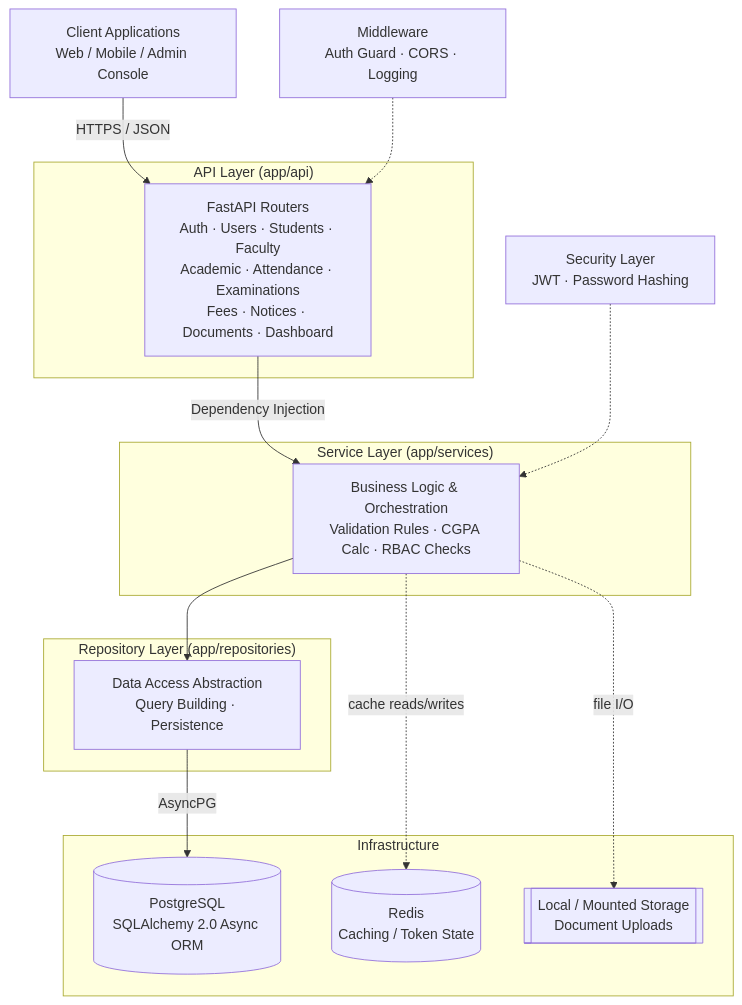
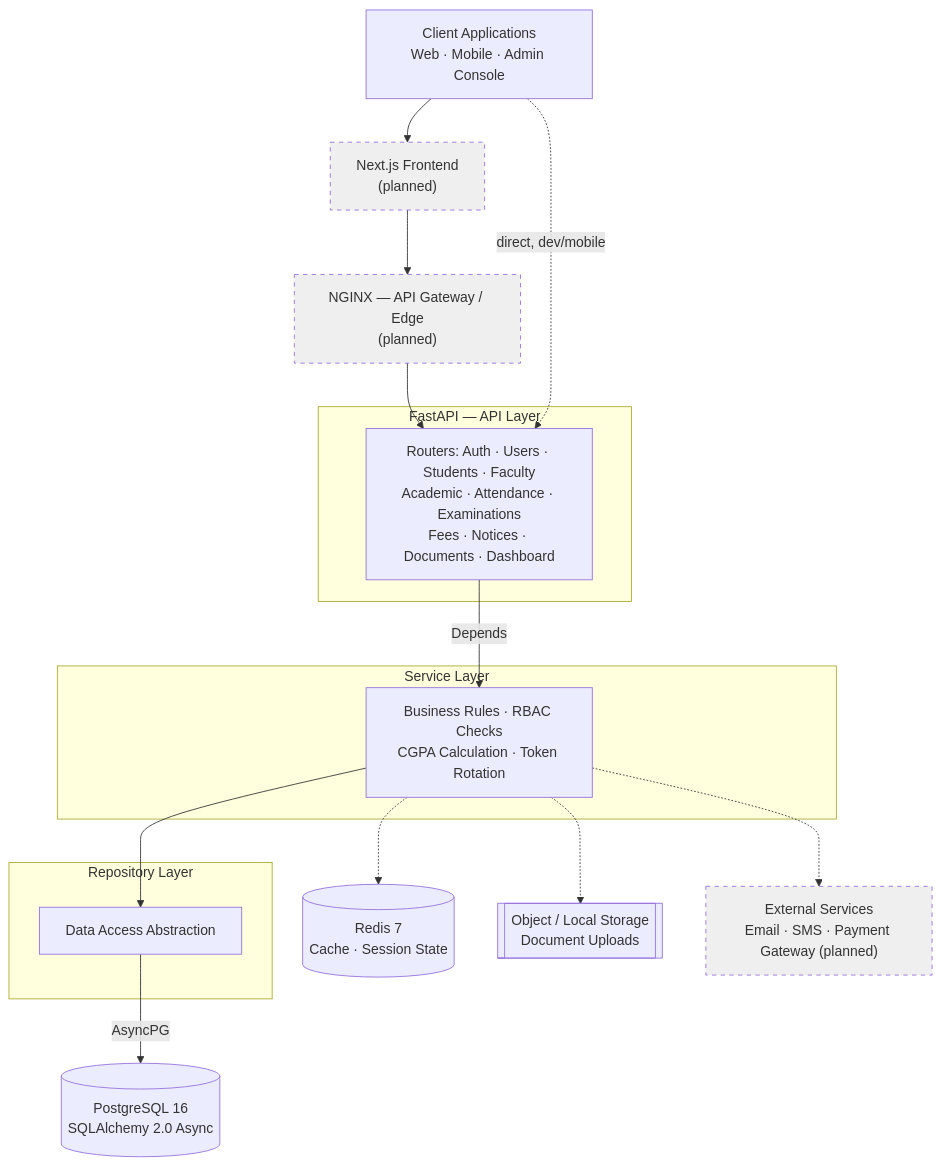
The first of 3 diagrams in README.md (yogesh-kumar-sharma/campus-os-erp), drawn with Mermaid before and after one commit. The commit also changed other lines of this file, not shown here.

````diff
--- a/README.md
+++ b/README.md
@@ -150,32 +195,34 @@
 ```mermaid
 flowchart TD
-    Client[Client Applications<br/>Web / Mobile / Admin Console]
+    Client["Client Applications<br/>Web · Mobile · Admin Console"]
+    Next["Next.js Frontend<br/>(planned)"]
+    Gateway["NGINX — API Gateway / Edge<br/>(planned)"]
 
-    subgraph API["API Layer (app/api)"]
-        Routes["FastAPI Routers<br/>Auth · Users · Students · Faculty<br/>Academic · Attendance · Examinations<br/>Fees · Notices · Documents · Dashboard"]
+    subgraph API["FastAPI — API Layer"]
+        Routes["Routers: Auth · Users · Students · Faculty<br/>Academic · Attendance · Examinations<br/>Fees · Notices · Documents · Dashboard"]
     end
 
-    subgraph SVC["Service Layer (app/services)"]
-        Services["Business Logic & Orchestration<br/>Validation Rules · CGPA Calc · RBAC Checks"]
+    subgraph SVC["Service Layer"]
+        Services["Business Rules · RBAC Checks<br/>CGPA Calculation · Token Rotation"]
     end
 
-    subgraph REPO["Repository Layer (app/repositories)"]
-        Repos["Data Access Abstraction<br/>Query Building · Persistence"]
+    subgraph REPO["Repository Layer"]
+        Repos["Data Access Abstraction"]
     end
 
-    subgraph INFRA["Infrastructure"]
-        DB[(PostgreSQL<br/>SQLAlchemy 2.0 Async ORM)]
-        Cache[(Redis<br/>Caching / Token State)]
-        Storage[[Local / Mounted Storage<br/>Document Uploads]]
-    end
+    DB[(PostgreSQL 16<br/>SQLAlchemy 2.0 Async)]
+    Cache[(Redis 7<br/>Cache · Session State)]
+    Storage[["Object / Local Storage<br/>Document Uploads"]]
+    External["External Services<br/>Email · SMS · Payment Gateway (planned)"]
 
-    Client -->|HTTPS / JSON| Routes
-    Routes -->|Dependency Injection| Services
-    Services --> Repos
-    Repos -->|AsyncPG| DB
-    Services -.->|cache reads/writes| Cache
-    Services -.->|file I/O| Storage
+    Client --> Next --> Gateway --> Routes
+    Client -.->|direct, dev/mobile| Routes
+    Routes -->|Depends| Services --> Repos -->|AsyncPG| DB
+    Services -.-> Cache
+    Services -.-> Storage
+    Services -.-> External
 
-    Middleware["Middleware<br/>Auth Guard · CORS · Logging"] -.-> Routes
-    Security["Security Layer<br/>JWT · Password Hashing"] -.-> Services
+    style Next fill:#00000010,stroke-dasharray: 5 5
+    style Gateway fill:#00000010,stroke-dasharray: 5 5
+    style External fill:#00000010,stroke-dasharray: 5 5
 ```
````
